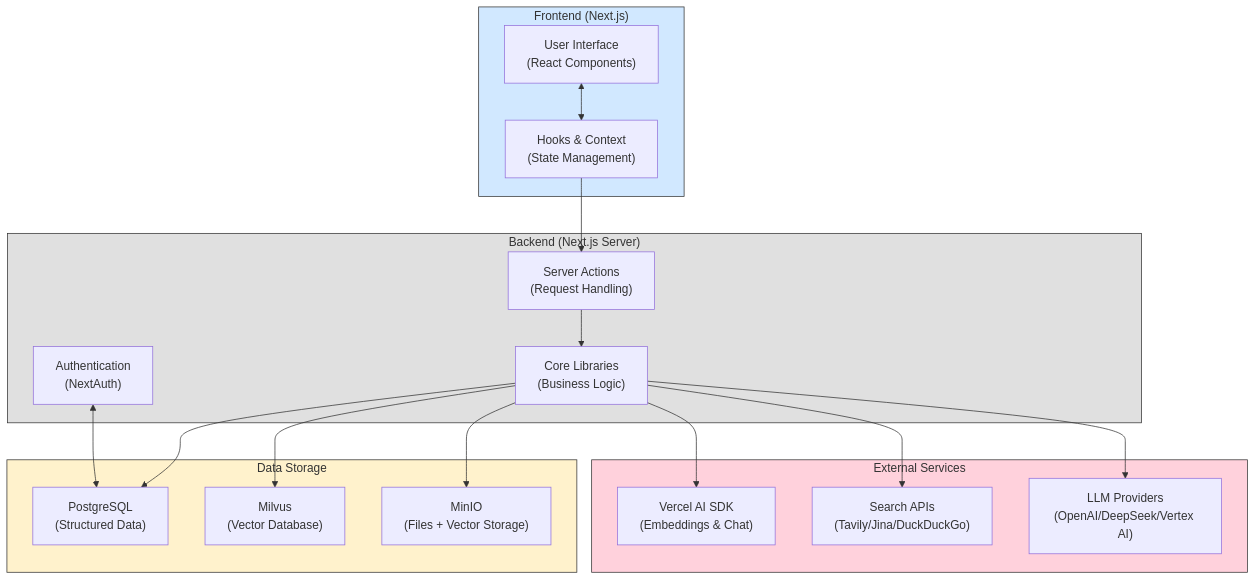
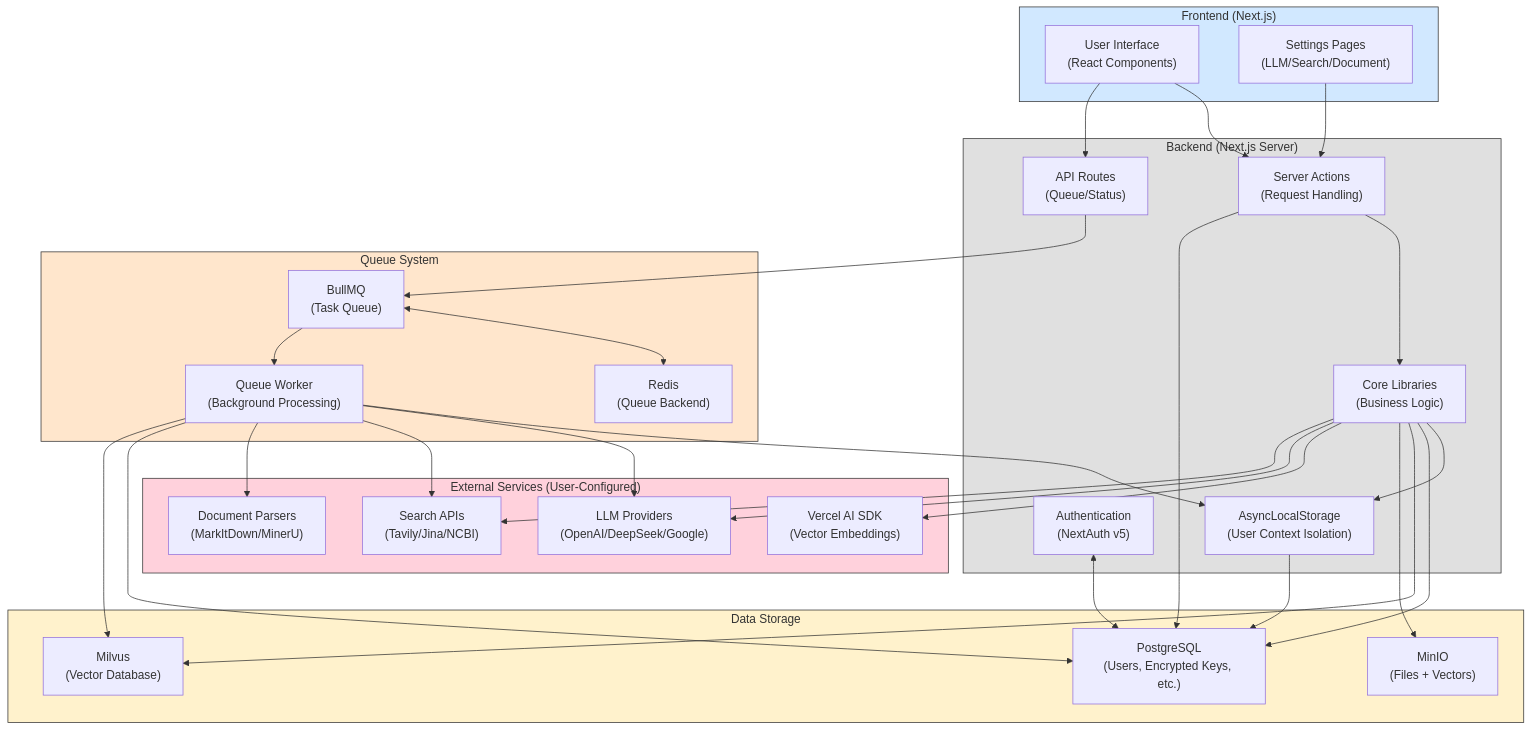
The diagram in README.md (hint-lab/deepmed-search), drawn with Mermaid before and after one commit. The commit also changed 1 other file, not shown here.

Commit message:
modified:   README.md 	modified:   README.zh-CN.md

````diff
--- a/README.md
+++ b/README.md
@@ -99,48 +99,82 @@
 ```mermaid
 graph TD
     subgraph Frontend["Frontend (Next.js)"]
         UI["User Interface<br/>(React Components)"]
-        Hooks["Hooks & Context<br/>(State Management)"]
+        Settings["Settings Pages<br/>(LLM/Search/Document)"]
     end
 
     subgraph Backend["Backend (Next.js Server)"]
         Actions["Server Actions<br/>(Request Handling)"]
+        API["API Routes<br/>(Queue/Status)"]
         Lib["Core Libraries<br/>(Business Logic)"]
-        Auth["Authentication<br/>(NextAuth)"]
+        Auth["Authentication<br/>(NextAuth v5)"]
+        Context["AsyncLocalStorage<br/>(User Context Isolation)"]
+    end
+
+    subgraph Queue["Queue System"]
+        BullMQ["BullMQ<br/>(Task Queue)"]
+        Worker["Queue Worker<br/>(Background Processing)"]
+        Redis["Redis<br/>(Queue Backend)"]
     end
 
     subgraph Storage["Data Storage"]
-        PG["PostgreSQL<br/>(Structured Data)"]
+        PG["PostgreSQL<br/>(Users, Encrypted Keys, etc.)"]
         Milvus["Milvus<br/>(Vector Database)"]
-        Files["MinIO<br/>(Files + Vector Storage)"]
+        MinIO["MinIO<br/>(Files + Vectors)"]
     end
 
-    subgraph External["External Services"]
-        AISDK["Vercel AI SDK<br/>(Embeddings & Chat)"]
-        SearchAPI["Search APIs<br/>(Tavily/Jina/DuckDuckGo)"]
-        LLMProviders["LLM Providers<br/>(OpenAI/DeepSeek/Vertex AI)"]
+    subgraph External["External Services (User-Configured)"]
+        LLMProviders["LLM Providers<br/>(OpenAI/DeepSeek/Google)"]
+        SearchAPI["Search APIs<br/>(Tavily/Jina/NCBI)"]
+        DocParser["Document Parsers<br/>(MarkItDown/MinerU)"]
+        AISDK["Vercel AI SDK<br/>(Vector Embeddings)"]
     end
 
-    %% Connections
-    UI <--> Hooks
-    Hooks --> Actions
+    %% Frontend Connections
+    UI --> Actions
+    UI --> API
+    Settings --> Actions
+
+    %% Backend Connections
     Actions --> Lib
+    API --> BullMQ
+    Actions --> PG
+    Auth <--> PG
+    Lib --> Context
+    
+    %% Queue Connections
+    BullMQ <--> Redis
+    BullMQ --> Worker
+    Worker --> Context
+    Context --> PG
+    
+    %% Worker to External Services
+    Worker --> LLMProviders
+    Worker --> SearchAPI
+    Worker --> DocParser
+    
+    %% Storage Connections
     Lib --> PG
     Lib --> Milvus
-    Lib --> Files
+    Lib --> MinIO
+    Worker --> PG
+    Worker --> Milvus
+    
+    %% External Service Connections
     Lib --> AISDK
+    Lib --> LLMProviders
     Lib --> SearchAPI
-    Lib --> LLMProviders
-    Auth <--> PG
 
     %% Styles
     classDef frontend fill:#D1E8FF,stroke:#333
     classDef backend fill:#E0E0E0,stroke:#333
+    classDef queue fill:#FFE6CC,stroke:#333
     classDef database fill:#FFF2CC,stroke:#333
     classDef external fill:#FFD1DC,stroke:#333
 
     class Frontend frontend
     class Backend backend
+    class Queue queue
     class Storage database
     class External external
 ```
````
